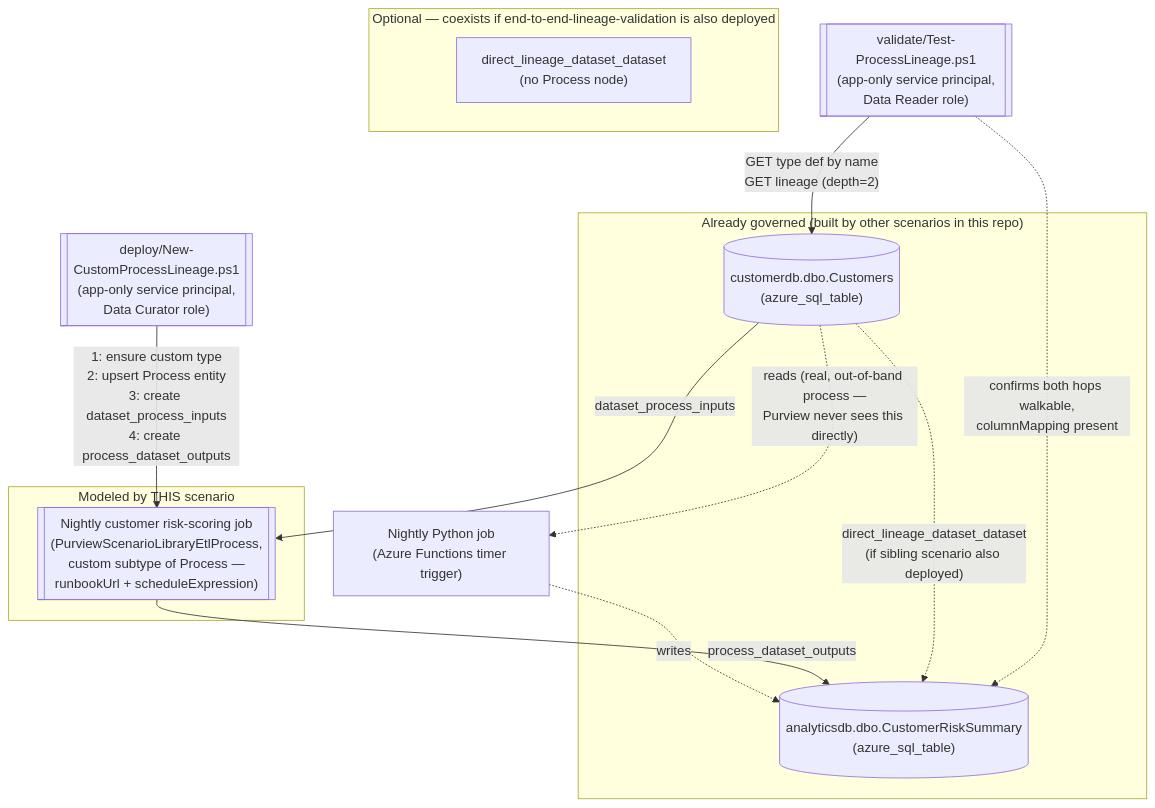
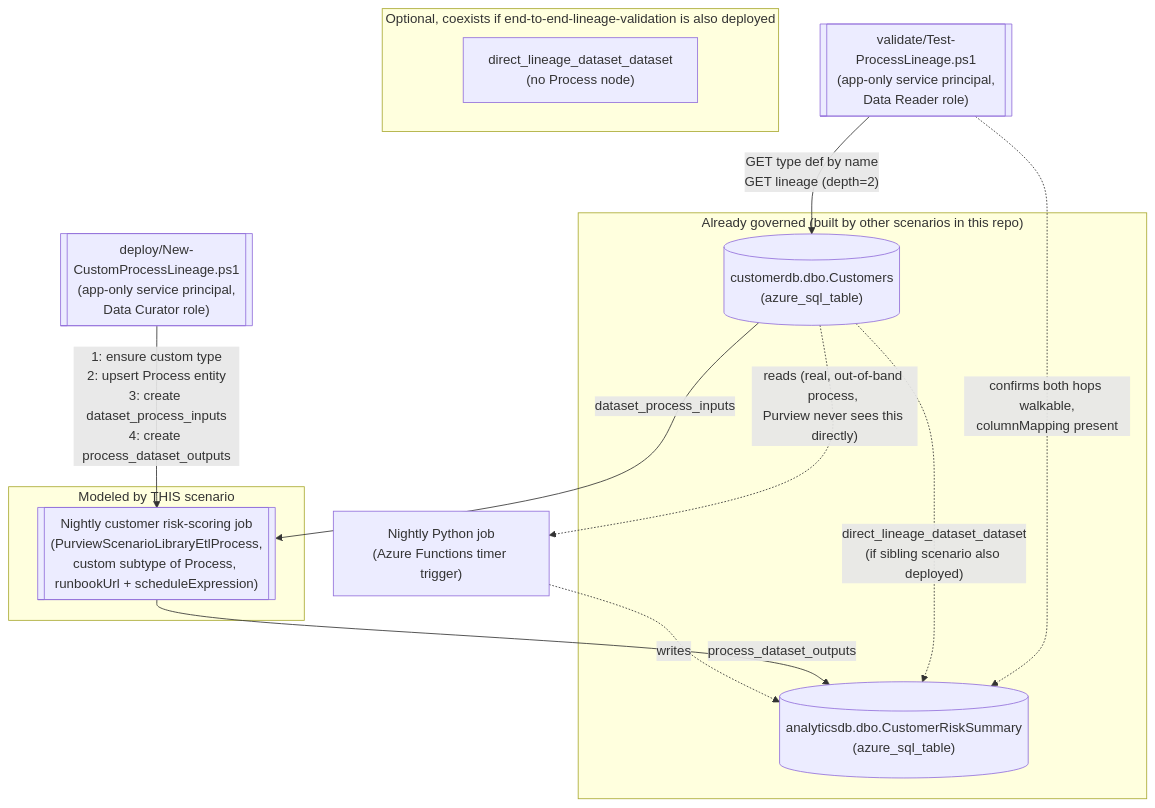
Before and after one commit to kpsec1/kpsec1.github.io: the diagram in src/content/scenarios/data-lineage/custom-process-lineage.md, drawn with Mermaid. The commit also changed other lines of this file and 433 other files, not shown here.

````diff
--- a/src/content/scenarios/data-lineage/custom-process-lineage.md
+++ b/src/content/scenarios/data-lineage/custom-process-lineage.md
@@ -61,29 +64,29 @@
 ```mermaid
 flowchart TD
     subgraph Assets["Already governed (built by other scenarios in this repo)"]
         Src[("customerdb.dbo.Customers<br/>(azure_sql_table)")]
         Dst[("analyticsdb.dbo.CustomerRiskSummary<br/>(azure_sql_table)")]
     end
 
     subgraph Modeled["Modeled by THIS scenario"]
-        Proc[["Nightly customer risk-scoring job<br/>(PurviewScenarioLibraryEtlProcess,<br/>custom subtype of Process —<br/>runbookUrl + scheduleExpression)"]]
+        Proc[["Nightly customer risk-scoring job<br/>(PurviewScenarioLibraryEtlProcess,<br/>custom subtype of Process, <br/>runbookUrl + scheduleExpression)"]]
     end
 
-    subgraph Sibling["Optional — coexists if end-to-end-lineage-validation is also deployed"]
+    subgraph Sibling["Optional, coexists if end-to-end-lineage-validation is also deployed"]
         DirectEdge["direct_lineage_dataset_dataset<br/>(no Process node)"]
     end
 
     Deployer[["deploy/New-CustomProcessLineage.ps1<br/>(app-only service principal,<br/>Data Curator role)"]]
     Validator[["validate/Test-ProcessLineage.ps1<br/>(app-only service principal,<br/>Data Reader role)"]]
 
-    Src -. "reads (real, out-of-band process —<br/>Purview never sees this directly)" .-> RealJob["Nightly Python job<br/>(Azure Functions timer trigger)"]
+    Src -. "reads (real, out-of-band process, <br/>Purview never sees this directly)" .-> RealJob["Nightly Python job<br/>(Azure Functions timer trigger)"]
     RealJob -. "writes" .-> Dst
 
     Deployer -- "1: ensure custom type<br/>2: upsert Process entity<br/>3: create dataset_process_inputs<br/>4: create process_dataset_outputs" --> Proc
     Src -->|"dataset_process_inputs"| Proc
     Proc -->|"process_dataset_outputs"| Dst
     Src -.->|"direct_lineage_dataset_dataset<br/>(if sibling scenario also deployed)"| Dst
 
     Validator -- "GET type def by name<br/>GET lineage (depth=2)" --> Src
     Validator -. "confirms both hops walkable,<br/>columnMapping present" .-> Dst
 ```
````
